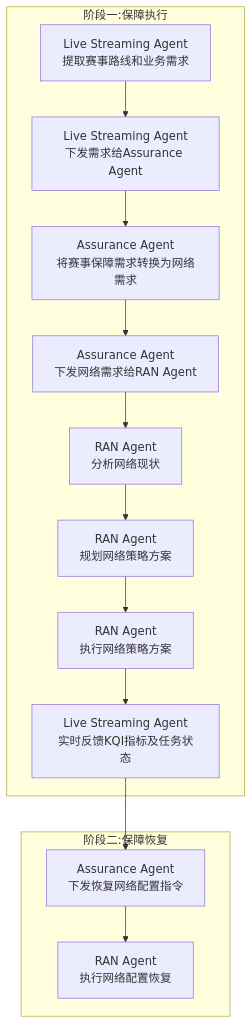
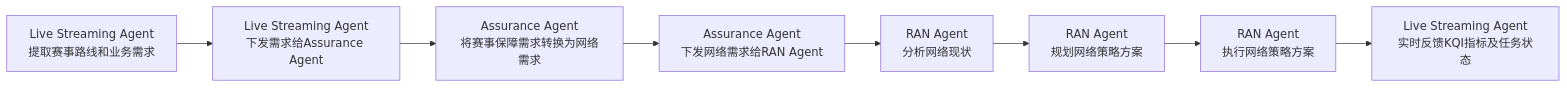
One commit to Zhoujie628/docs changed the first of 2 diagrams in zh/OpenAN快速入门.md. Above: the diagram before and after it, drawn with Mermaid. The commit also changed other lines of this file and 1 other file, not shown here.

````diff
--- a/zh/OpenAN快速入门.md
+++ b/zh/OpenAN快速入门.md
@@ -826,17 +785,10 @@
 ```mermaid
-flowchart TD
-    subgraph 阶段一:保障执行
-        A[Live Streaming Agent<br/>提取赛事路线和业务需求] --> B[Live Streaming Agent<br/>下发需求给Assurance Agent]
-        B --> C[Assurance Agent<br/>将赛事保障需求转换为网络需求]
-        C --> D[Assurance Agent<br/>下发网络需求给RAN Agent]
-        D --> E[RAN Agent<br/>分析网络现状]
-        E --> F[RAN Agent<br/>规划网络策略方案]
-        F --> G[RAN Agent<br/>执行网络策略方案]
-        G --> H[Live Streaming Agent<br/>实时反馈KQI指标及任务状态]
-    end
-
-    subgraph 阶段二:保障恢复
-        H --> I[Assurance Agent<br/>下发恢复网络配置指令]
-        I --> J[RAN Agent<br/>执行网络配置恢复]
-    end
+flowchart LR
+    A[Live Streaming Agent<br/>提取赛事路线和业务需求] --> B[Live Streaming Agent<br/>下发需求给Assurance Agent]
+    B --> C[Assurance Agent<br/>将赛事保障需求转换为网络需求]
+    C --> D[Assurance Agent<br/>下发网络需求给RAN Agent]
+    D --> E[RAN Agent<br/>分析网络现状]
+    E --> F[RAN Agent<br/>规划网络策略方案]
+    F --> G[RAN Agent<br/>执行网络策略方案]
+    G --> H[Live Streaming Agent<br/>实时反馈KQI指标及任务状态]
 ```
````
